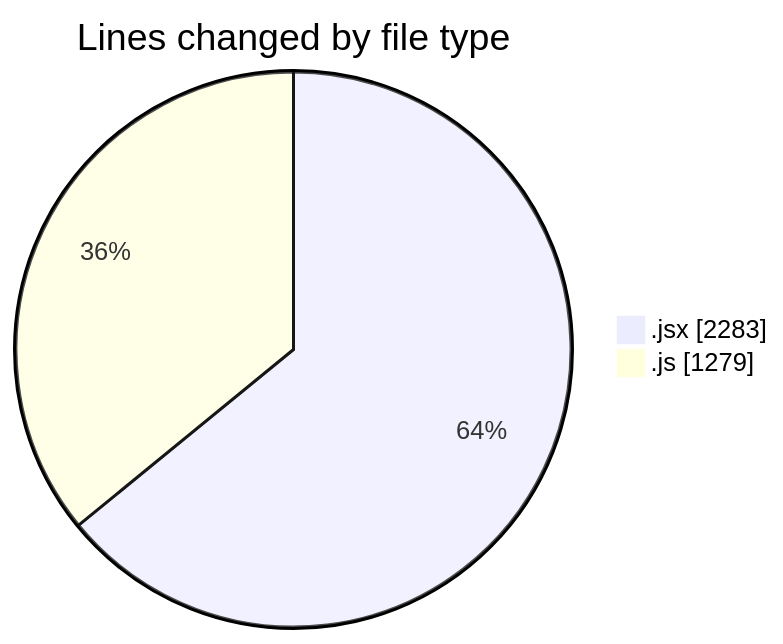
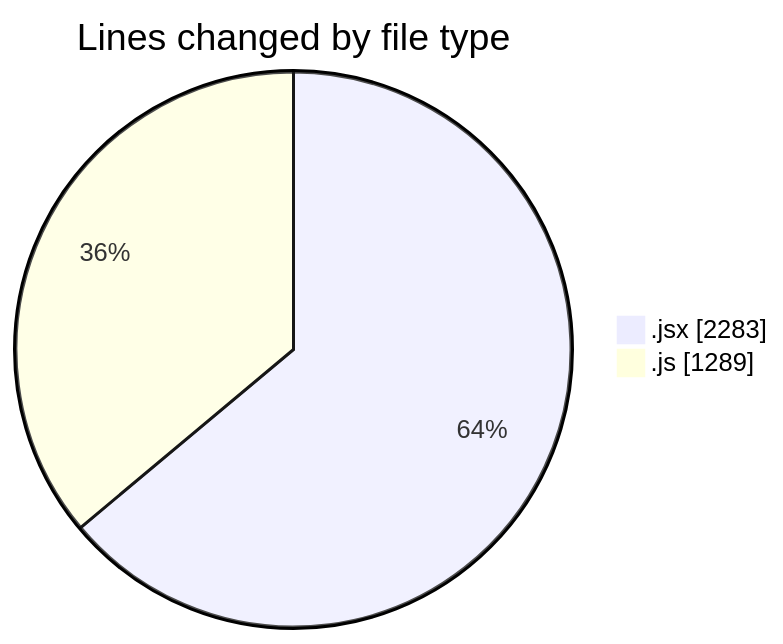
One commit to nxtqubesakshisongat/code-tracking changed the first of 2 diagrams in 2025-11-13/argos/README.md. Above: the diagram before and after it, drawn with Mermaid. The commit also changed other lines of this file and 1 other file, not shown here.

````diff
--- a/2025-11-13/argos/README.md
+++ b/2025-11-13/argos/README.md
@@ -33,6 +33,6 @@
 ```mermaid
 pie showData
 title Lines changed by file type
 ".jsx" : 2283
-".js" : 1279
+".js" : 1289
 ```
````
